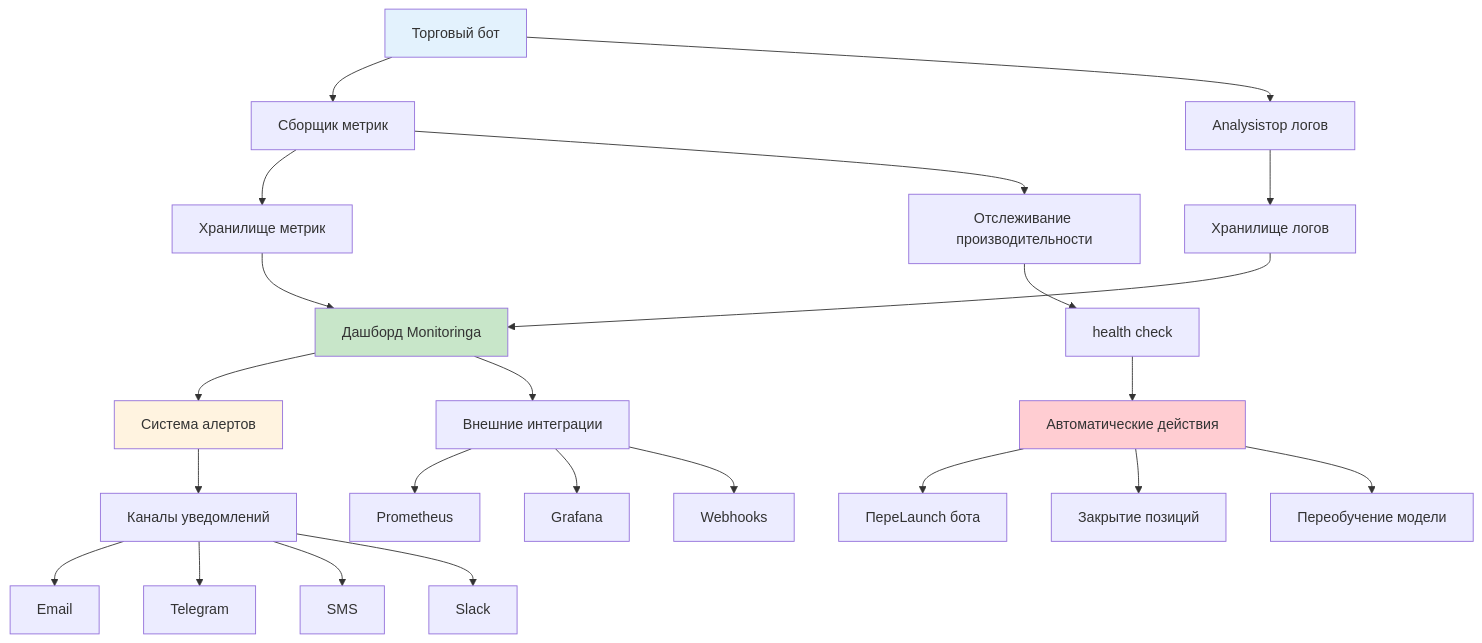
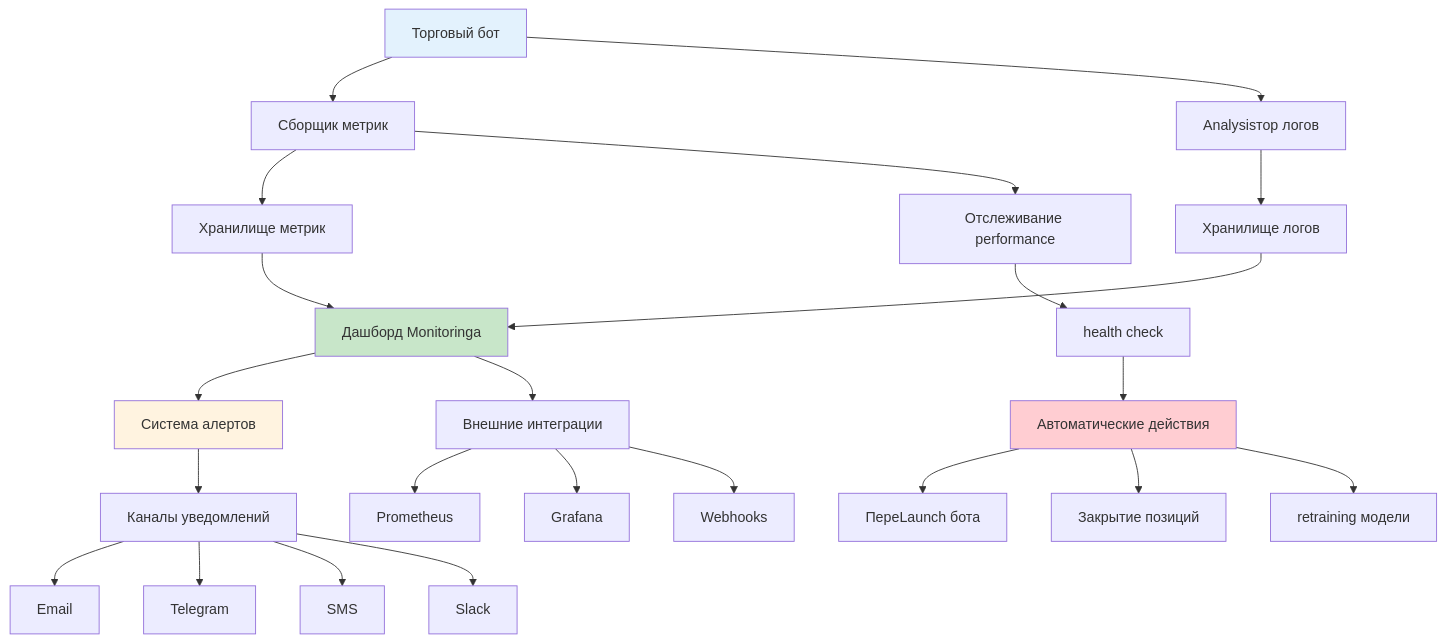
Before and after one commit to NeoZorK/neozork-hld-prediction: the first of 8 diagrams in docs/automl/gluon/27_trading_bot_monitoring.md, drawn with Mermaid. The commit also changed other lines of this file and 88 other files, not shown here.

````diff
--- a/docs/automl/gluon/27_trading_bot_monitoring.md
+++ b/docs/automl/gluon/27_trading_bot_monitoring.md
@@ -38,37 +38,37 @@
 ```mermaid
 graph TD
 A[Торговый бот] --> B[Сборщик метрик]
 A --> C[Analysisтор логов]
 
 B --> D[Хранилище метрик]
 C --> E[Хранилище логов]
 
 D --> F[Дашборд Monitoringа]
  E --> F
 
 F --> G[Система алертов]
 G --> H[Каналы уведомлений]
 
  H --> I[Email]
  H --> J[Telegram]
  H --> K[SMS]
  H --> L[Slack]
 
-B --> M[Отслеживание производительности]
+B --> M[Отслеживание performance]
  M --> N[health check]
 
 N --> O[Автоматические действия]
 O --> P[ПереLaunch бота]
 O --> Q[Закрытие позиций]
-O --> R[Переобучение модели]
+O --> R[retraining модели]
 
 F --> S[Внешние интеграции]
  S --> T[Prometheus]
  S --> U[Grafana]
  S --> V[Webhooks]
 
  style A fill:#e3f2fd
  style F fill:#c8e6c9
  style G fill:#fff3e0
  style O fill:#ffcdd2
 ```
````
